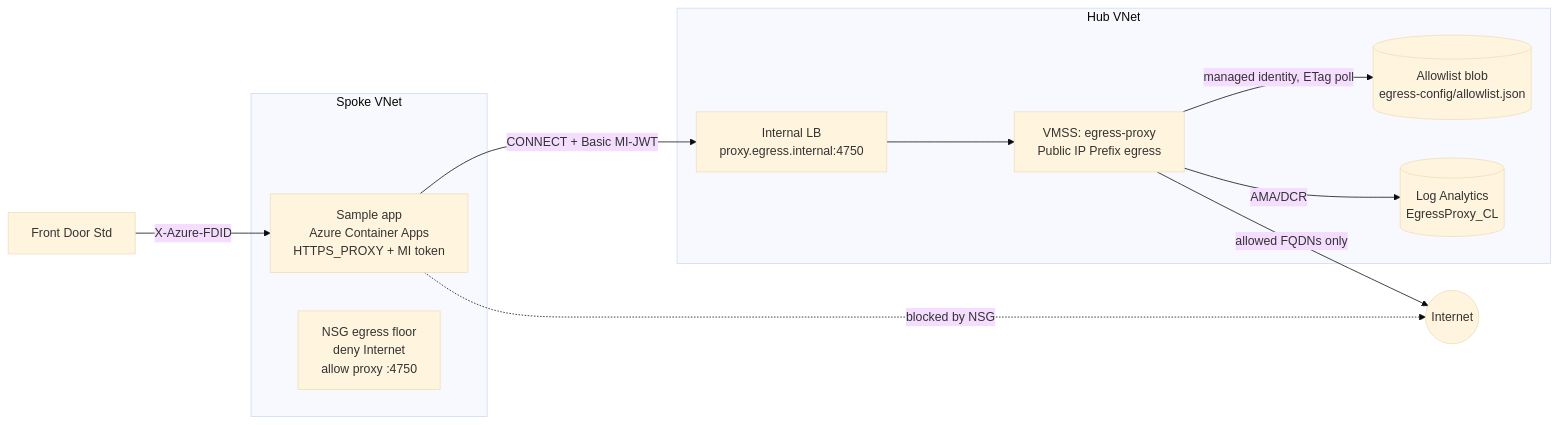
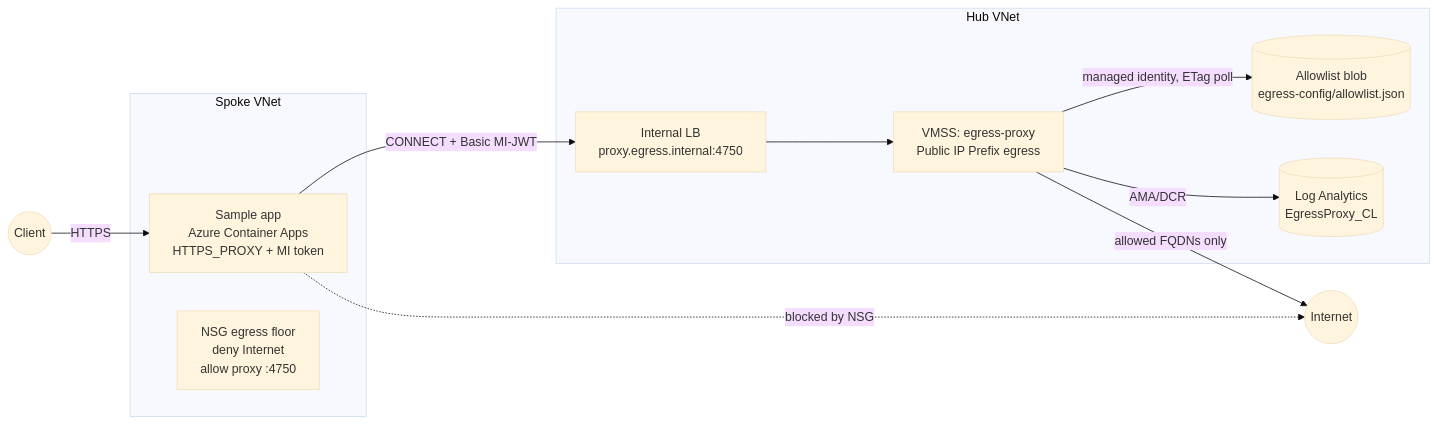
One commit to alanta/azure-egress-proxy changed the diagram in docs/architecture.md. Above: the diagram before and after it, drawn with Mermaid (base theme). The commit also changed other lines of this file and 12 other files, not shown here.

````diff
--- a/docs/architecture.md
+++ b/docs/architecture.md
@@ -8,19 +8,19 @@
 ```mermaid
 flowchart LR
     subgraph spoke [Spoke VNet]
         APP[Sample app<br/>Azure Container Apps<br/>HTTPS_PROXY + MI token]
         NSG[NSG egress floor<br/>deny Internet<br/>allow proxy :4750]
     end
     subgraph hub [Hub VNet]
         LB[Internal LB<br/>proxy.egress.internal:4750]
         VMSS[VMSS: egress-proxy<br/>Public IP Prefix egress]
         ST[(Allowlist blob<br/>egress-config/allowlist.json)]
         LAW[(Log Analytics<br/>EgressProxy_CL)]
     end
-    FD[Front Door Std] -->|X-Azure-FDID| APP
+    USER((Client)) -->|HTTPS| APP
     APP -->|CONNECT + Basic MI-JWT| LB --> VMSS
     VMSS -->|allowed FQDNs only| NET((Internet))
     VMSS -->|managed identity, ETag poll| ST
     VMSS -->|AMA/DCR| LAW
     APP -.blocked by NSG.-> NET
 ```
````
